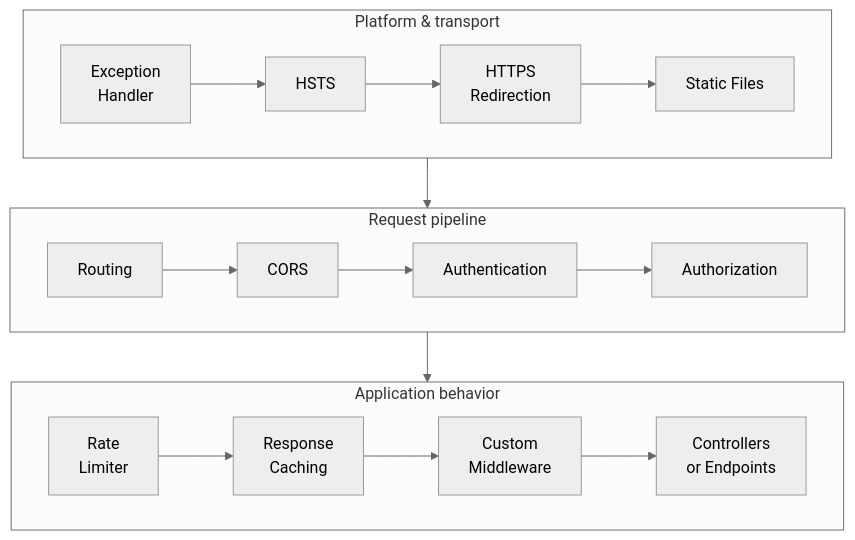
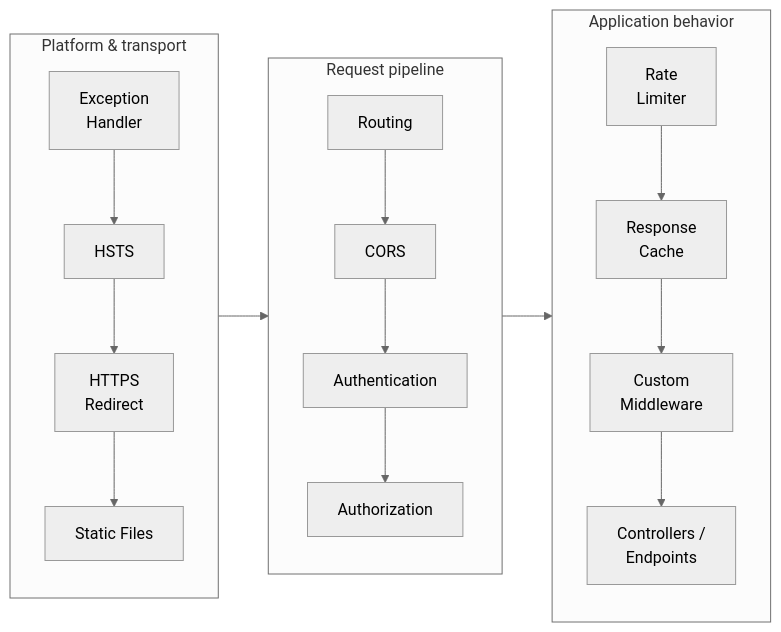
Before and after one commit to davidkaya/blog: the second of 3 diagrams in talks/lightning/Middlewares in ASP.NET Core/presentation.md, drawn with Mermaid (neutral theme). The commit also changed other lines of this file, not shown here.

Commit message:
fix: simplify middleware Mermaid layouts

````diff
--- a/talks/lightning/Middlewares in ASP.NET Core/presentation.md
+++ b/talks/lightning/Middlewares in ASP.NET Core/presentation.md
@@ -272,20 +272,20 @@
 ```mermaid
-flowchart TB
+flowchart LR
     subgraph Platform["Platform & transport"]
-        direction LR
-        A["Exception<br>Handler"] --> B["HSTS"] --> C["HTTPS<br>Redirection"] --> D["Static Files"]
+        direction TB
+        A["Exception<br>Handler"] --> B["HSTS"] --> C["HTTPS<br>Redirect"] --> D["Static Files"]
     end
 
     subgraph Pipeline["Request pipeline"]
-        direction LR
+        direction TB
         E["Routing"] --> F["CORS"] --> G["Authentication"] --> H["Authorization"]
     end
 
     subgraph App["Application behavior"]
-        direction LR
-        I["Rate<br>Limiter"] --> J["Response<br>Caching"] --> K["Custom<br>Middleware"] --> L["Controllers<br>or Endpoints"]
+        direction TB
+        I["Rate<br>Limiter"] --> J["Response<br>Cache"] --> K["Custom<br>Middleware"] --> L["Controllers /<br>Endpoints"]
     end
 
     D --> E
     H --> I
 ```
````
